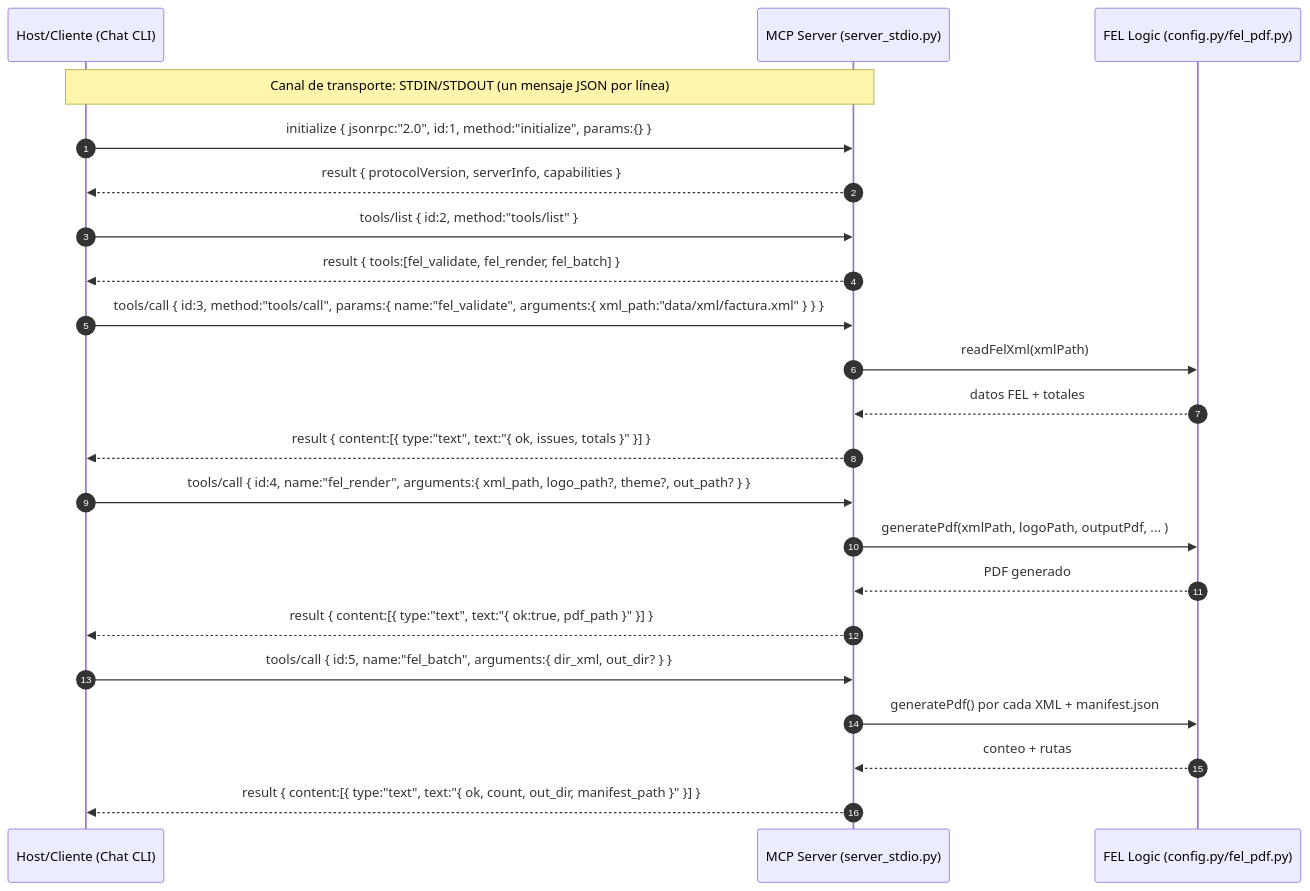
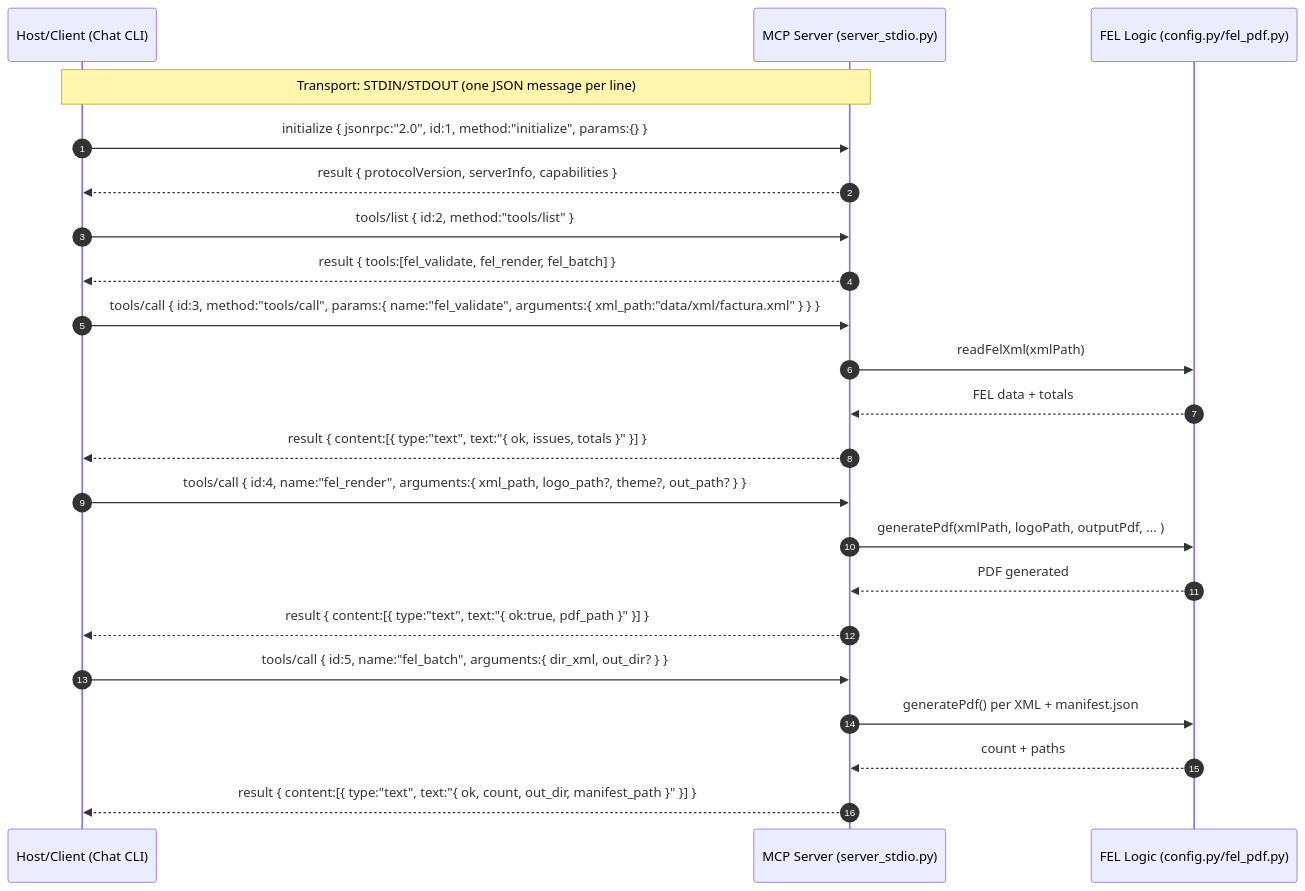
Before and after one commit to JosueSay/MCPsServers: the diagram in docs/mcp_fel.md, drawn with Mermaid. The commit also changed other lines of this file and 5 other files, not shown here.

````diff
--- a/docs/mcp_fel.md
+++ b/docs/mcp_fel.md
@@ -17,30 +17,30 @@
 ```mermaid
 sequenceDiagram
     autonumber
-    participant Host as Host/Cliente (Chat CLI)
+    participant Host as Host/Client (Chat CLI)
     participant Server as MCP Server (server_stdio.py)
     participant FEL as FEL Logic (config.py/fel_pdf.py)
 
-    Note over Host,Server: Canal de transporte: STDIN/STDOUT (un mensaje JSON por línea)
+    Note over Host,Server: Transport: STDIN/STDOUT (one JSON message per line)
 
     Host->>Server: initialize { jsonrpc:"2.0", id:1, method:"initialize", params:{} }
     Server-->>Host: result { protocolVersion, serverInfo, capabilities }
 
     Host->>Server: tools/list { id:2, method:"tools/list" }
     Server-->>Host: result { tools:[fel_validate, fel_render, fel_batch] }
 
     Host->>Server: tools/call { id:3, method:"tools/call", params:{ name:"fel_validate", arguments:{ xml_path:"data/xml/factura.xml" } } }
     Server->>FEL: readFelXml(xmlPath)
-    FEL-->>Server: datos FEL + totales
+    FEL-->>Server: FEL data + totals
     Server-->>Host: result { content:[{ type:"text", text:"{ ok, issues, totals }" }] }
 
     Host->>Server: tools/call { id:4, name:"fel_render", arguments:{ xml_path, logo_path?, theme?, out_path? } }
     Server->>FEL: generatePdf(xmlPath, logoPath, outputPdf, ... )
-    FEL-->>Server: PDF generado
+    FEL-->>Server: PDF generated
     Server-->>Host: result { content:[{ type:"text", text:"{ ok:true, pdf_path }" }] }
 
     Host->>Server: tools/call { id:5, name:"fel_batch", arguments:{ dir_xml, out_dir? } }
-    Server->>FEL: generatePdf() por cada XML + manifest.json
-    FEL-->>Server: conteo + rutas
+    Server->>FEL: generatePdf() per XML + manifest.json
+    FEL-->>Server: count + paths
     Server-->>Host: result { content:[{ type:"text", text:"{ ok, count, out_dir, manifest_path }" }] }
 ```
````
